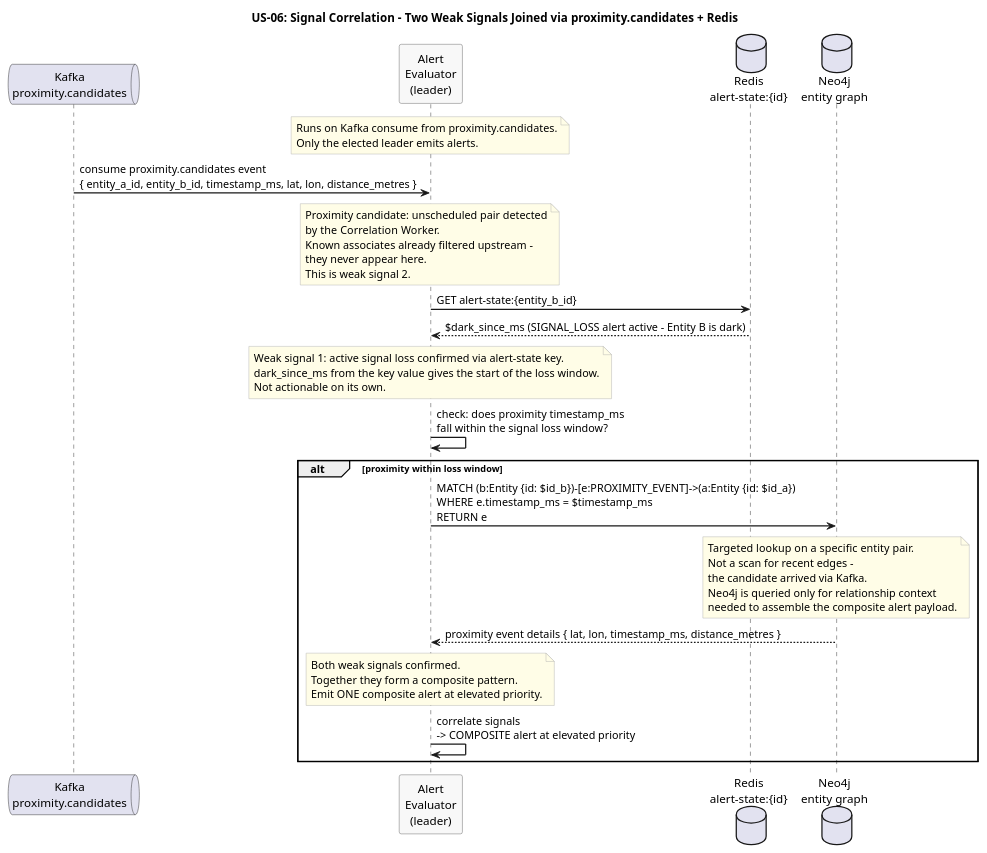
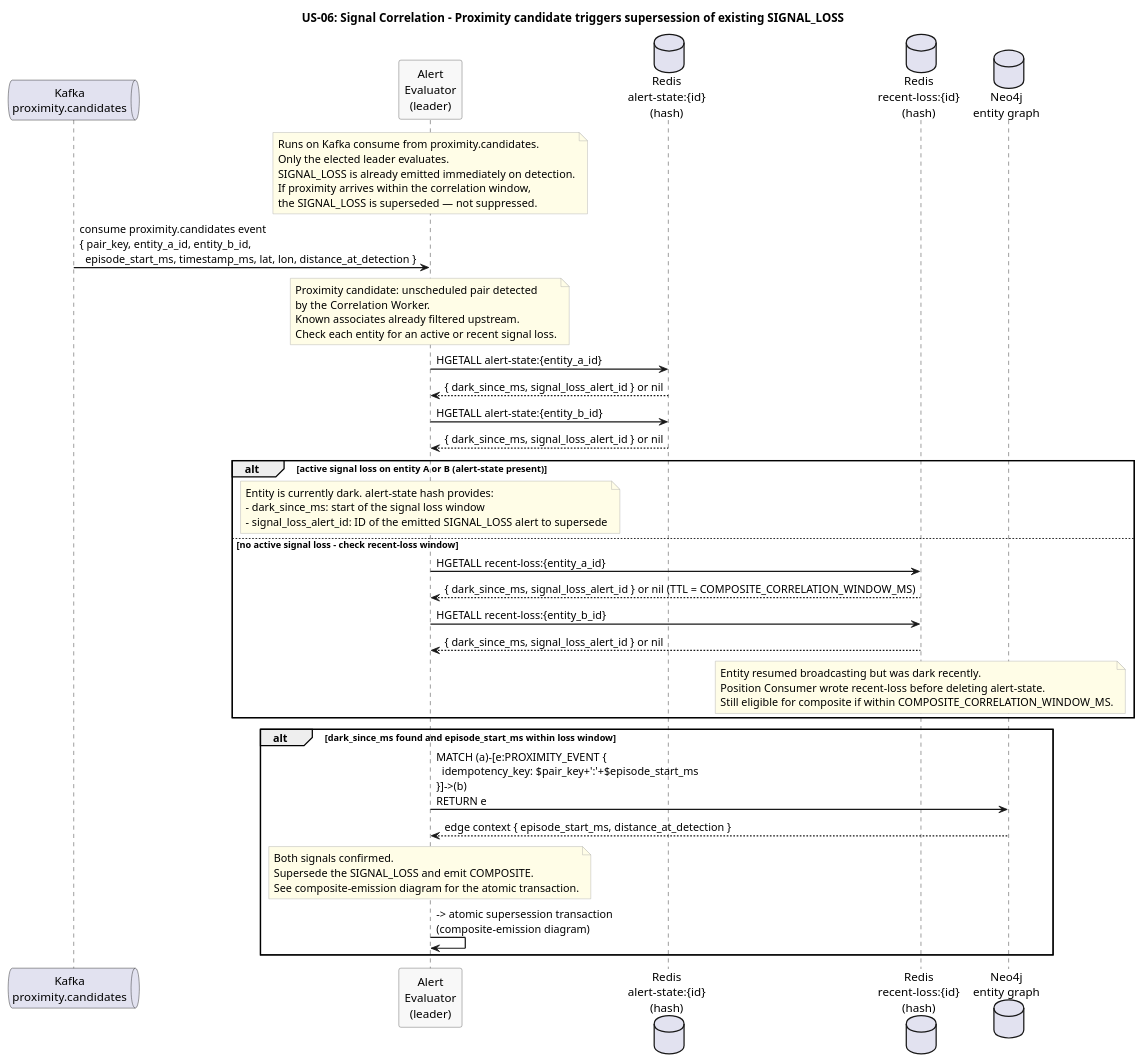
The diagram in docs/use-cases/US-06-composite-alert/signal-correlation.puml (Buffden/sentinel), drawn with PlantUML before and after one commit. The commit also changed 7 other files, not shown here.

First line of the commit message:
alert-evaluator: composite supersession model — SIGNAL_LOSS emitted immediately, proximity supersedes atomically

```diff
--- a/docs/use-cases/US-06-composite-alert/signal-correlation.puml
+++ b/docs/use-cases/US-06-composite-alert/signal-correlation.puml
@@ -1,63 +1,72 @@
 @startuml signal-correlation
-title US-06: Signal Correlation - Two Weak Signals Joined via proximity.candidates + Redis
+title US-06: Signal Correlation - Proximity candidate triggers supersession of existing SIGNAL_LOSS
 
 skinparam sequenceArrowThickness 1.5
 skinparam participantBorderColor #555555
 skinparam participantBackgroundColor #F8F8F8
 skinparam noteBorderColor #AAAAAA
 skinparam noteBackgroundColor #FFFDE7
 
 queue "Kafka\nproximity.candidates" as ProxKafka
 participant "Alert\nEvaluator\n(leader)" as Evaluator
-database "Redis\nalert-state:{id}" as AlertState
+database "Redis\nalert-state:{id}\n(hash)" as AlertState
+database "Redis\nrecent-loss:{id}\n(hash)" as RecentLoss
 database "Neo4j\nentity graph" as Neo4j
 
 note over Evaluator
   Runs on Kafka consume from proximity.candidates.
-  Only the elected leader emits alerts.
+  Only the elected leader evaluates.
+  SIGNAL_LOSS is already emitted immediately on detection.
+  If proximity arrives within the correlation window,
+  the SIGNAL_LOSS is superseded — not suppressed.
 end note
 
-ProxKafka -> Evaluator : consume proximity.candidates event\n{ entity_a_id, entity_b_id, timestamp_ms, lat, lon, distance_metres }
+ProxKafka -> Evaluator : consume proximity.candidates event\n{ pair_key, entity_a_id, entity_b_id,\n  episode_start_ms, timestamp_ms, lat, lon, distance_at_detection }
 
 note over Evaluator
   Proximity candidate: unscheduled pair detected
   by the Correlation Worker.
-  Known associates already filtered upstream -
-  they never appear here.
-  This is weak signal 2.
+  Known associates already filtered upstream.
+  Check each entity for an active or recent signal loss.
 end note
 
-Evaluator -> AlertState : GET alert-state:{entity_b_id}
-AlertState --> Evaluator : $dark_since_ms (SIGNAL_LOSS alert active - Entity B is dark)
+Evaluator -> AlertState : HGETALL alert-state:{entity_a_id}
+AlertState --> Evaluator : { dark_since_ms, signal_loss_alert_id } or nil
 
-note over Evaluator
-  Weak signal 1: active signal loss confirmed via alert-state key.
-  dark_since_ms from the key value gives the start of the loss window.
-  Not actionable on its own.
-end note
+Evaluator -> AlertState : HGETALL alert-state:{entity_b_id}
+AlertState --> Evaluator : { dark_since_ms, signal_loss_alert_id } or nil
 
-Evaluator -> Evaluator : check: does proximity timestamp_ms\nfall within the signal loss window?
+alt active signal loss on entity A or B (alert-state present)
+  note over Evaluator
+    Entity is currently dark. alert-state hash provides:
+    - dark_since_ms: start of the signal loss window
+    - signal_loss_alert_id: ID of the emitted SIGNAL_LOSS alert to supersede
+  end note
+else no active signal loss - check recent-loss window
+  Evaluator -> RecentLoss : HGETALL recent-loss:{entity_a_id}
+  RecentLoss --> Evaluator : { dark_since_ms, signal_loss_alert_id } or nil (TTL = COMPOSITE_CORRELATION_WINDOW_MS)
 
-alt proximity within loss window
-  Evaluator -> Neo4j : MATCH (b:Entity {id: $id_b})-[e:PROXIMITY_EVENT]->(a:Entity {id: $id_a})\nWHERE e.timestamp_ms = $timestamp_ms\nRETURN e
+  Evaluator -> RecentLoss : HGETALL recent-loss:{entity_b_id}
+  RecentLoss --> Evaluator : { dark_since_ms, signal_loss_alert_id } or nil
 
-  note over Neo4j
-    Targeted lookup on a specific entity pair.
-    Not a scan for recent edges -
-    the candidate arrived via Kafka.
-    Neo4j is queried only for relationship context
-    needed to assemble the composite alert payload.
+  note over RecentLoss
+    Entity resumed broadcasting but was dark recently.
+    Position Consumer wrote recent-loss before deleting alert-state.
+    Still eligible for composite if within COMPOSITE_CORRELATION_WINDOW_MS.
+  end note
+end
+
+alt dark_since_ms found and episode_start_ms within loss window
+  Evaluator -> Neo4j : MATCH (a)-[e:PROXIMITY_EVENT {\n  idempotency_key: $pair_key+':'+$episode_start_ms\n}]->(b)\nRETURN e
+  Neo4j --> Evaluator : edge context { episode_start_ms, distance_at_detection }
+
+  note over Evaluator
+    Both signals confirmed.
+    Supersede the SIGNAL_LOSS and emit COMPOSITE.
+    See composite-emission diagram for the atomic transaction.
   end note
 
-  Neo4j --> Evaluator : proximity event details { lat, lon, timestamp_ms, distance_metres }
-
-  note over Evaluator
-    Both weak signals confirmed.
-    Together they form a composite pattern.
-    Emit ONE composite alert at elevated priority.
-  end note
-
-  Evaluator -> Evaluator : correlate signals\n-> COMPOSITE alert at elevated priority
+  Evaluator -> Evaluator : -> atomic supersession transaction\n(composite-emission diagram)
 end
 
 @enduml
```
